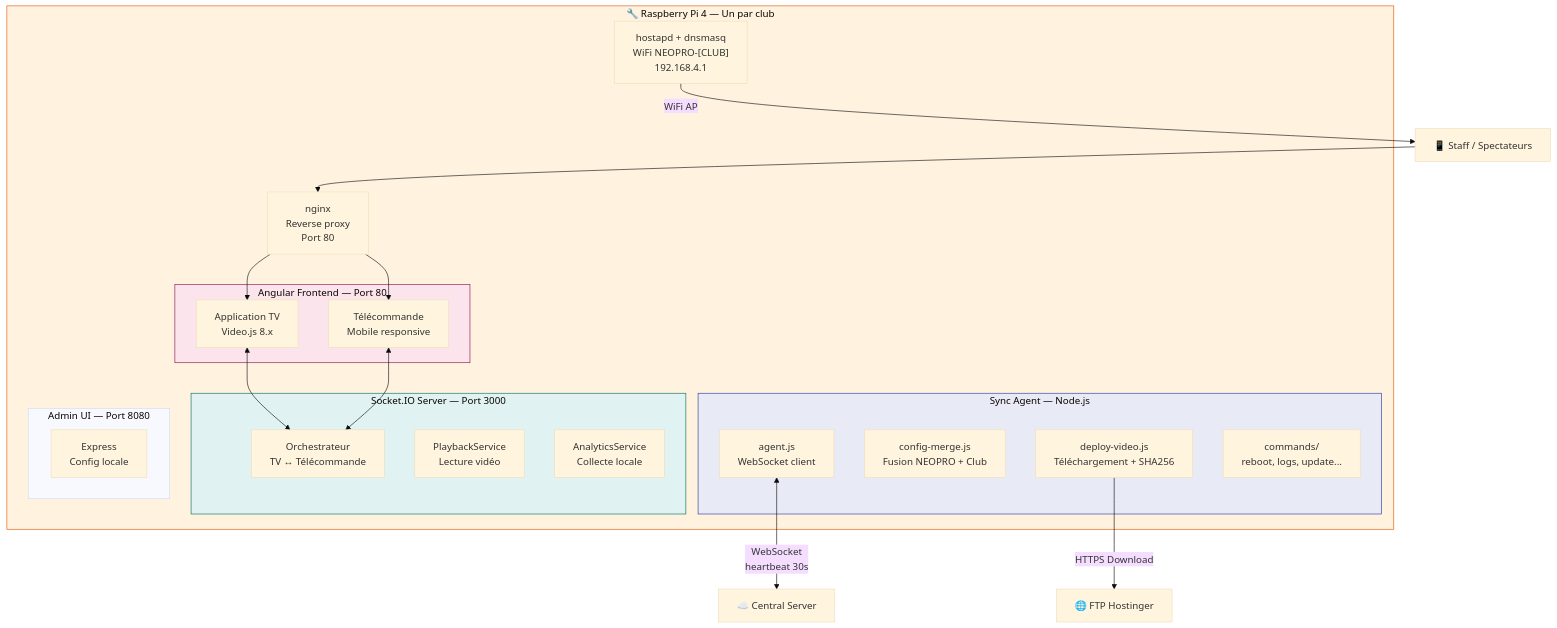
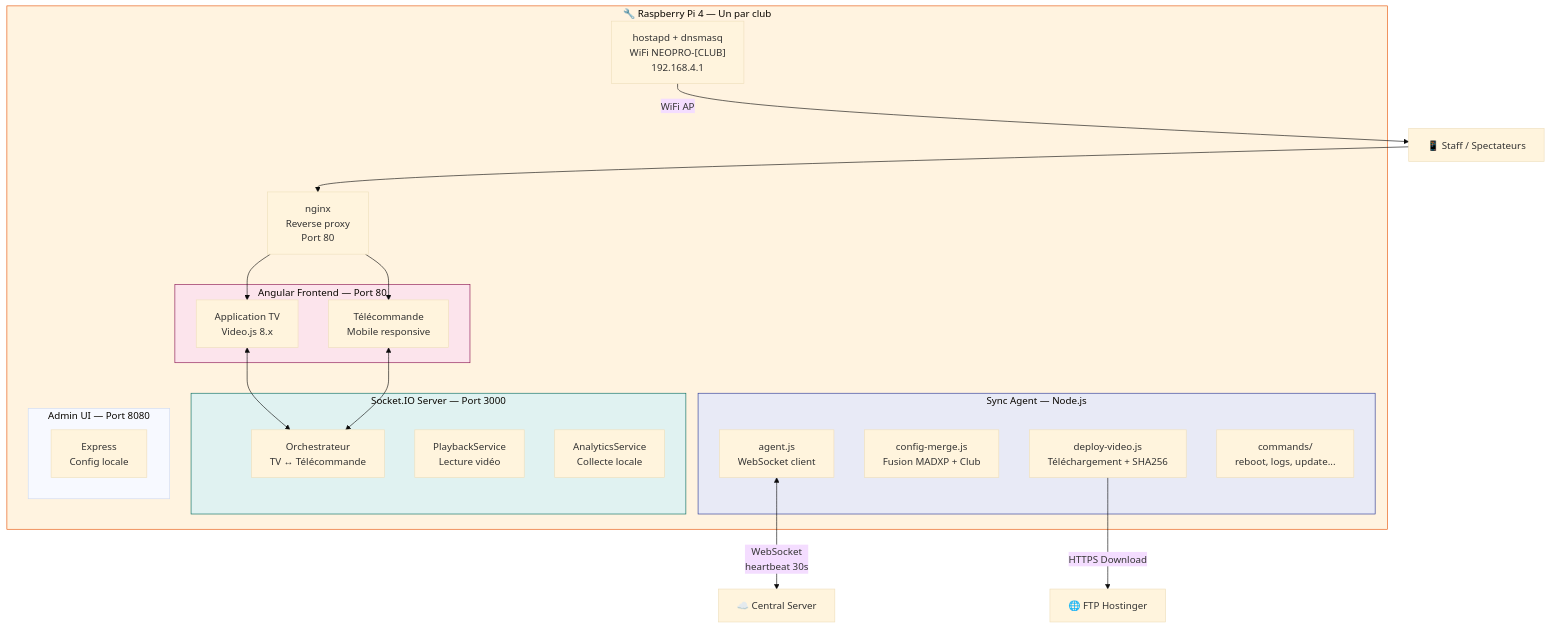
The third of 5 diagrams in docs/technical/diagrams/05-architecture-c4.md (Tallec7/madxp), drawn with Mermaid (base theme) before and after one commit. The commit also changed other lines of this file and 128 other files, not shown here.

First line of the commit message:
docs(rebrand): rename NEOPRO→MADXP uppercase brand mentions (PR 1b/N)

````diff
--- a/docs/technical/diagrams/05-architecture-c4.md
+++ b/docs/technical/diagrams/05-architecture-c4.md
@@ -92,43 +92,43 @@
 ```mermaid
 graph TB
     subgraph PI["🔧 Raspberry Pi 4 — Un par club"]
         subgraph SYNC["Sync Agent — Node.js"]
             AGENT["agent.js<br/>WebSocket client"]
-            CONFIG_MERGE["config-merge.js<br/>Fusion NEOPRO + Club"]
+            CONFIG_MERGE["config-merge.js<br/>Fusion MADXP + Club"]
             DEPLOY_VID["deploy-video.js<br/>Téléchargement + SHA256"]
             COMMANDS["commands/<br/>reboot, logs, update..."]
         end
 
         subgraph LOCAL_SERVER["Socket.IO Server — Port 3000"]
             ORCH["Orchestrateur<br/>TV ↔ Télécommande"]
             PLAY_SVC["PlaybackService<br/>Lecture vidéo"]
             ANALYTICS_SVC["AnalyticsService<br/>Collecte locale"]
         end
 
         subgraph ADMIN["Admin UI — Port 8080"]
             ADMIN_ROUTES["Express<br/>Config locale"]
         end
 
         subgraph WEBAPP["Angular Frontend — Port 80"]
             TV_APP["Application TV<br/>Video.js 8.x"]
             REMOTE["Télécommande<br/>Mobile responsive"]
         end
 
         NGINX["nginx<br/>Reverse proxy<br/>Port 80"]
         HOTSPOT["hostapd + dnsmasq<br/>WiFi NEOPRO-[CLUB]<br/>192.168.4.1"]
     end
 
     AGENT <-->|"WebSocket<br/>heartbeat 30s"| CLOUD["☁️ Central Server"]
     DEPLOY_VID -->|"HTTPS Download"| FTP["🌐 FTP Hostinger"]
     HOTSPOT -->|"WiFi AP"| PHONE["📱 Staff / Spectateurs"]
     NGINX --> TV_APP
     NGINX --> REMOTE
     PHONE --> NGINX
     TV_APP <--> ORCH
     REMOTE <--> ORCH
 
     style PI fill:#fff3e0,stroke:#E65100
     style SYNC fill:#e8eaf6,stroke:#283593
     style LOCAL_SERVER fill:#e0f2f1,stroke:#00695C
     style WEBAPP fill:#fce4ec,stroke:#880E4F
 ```
````
